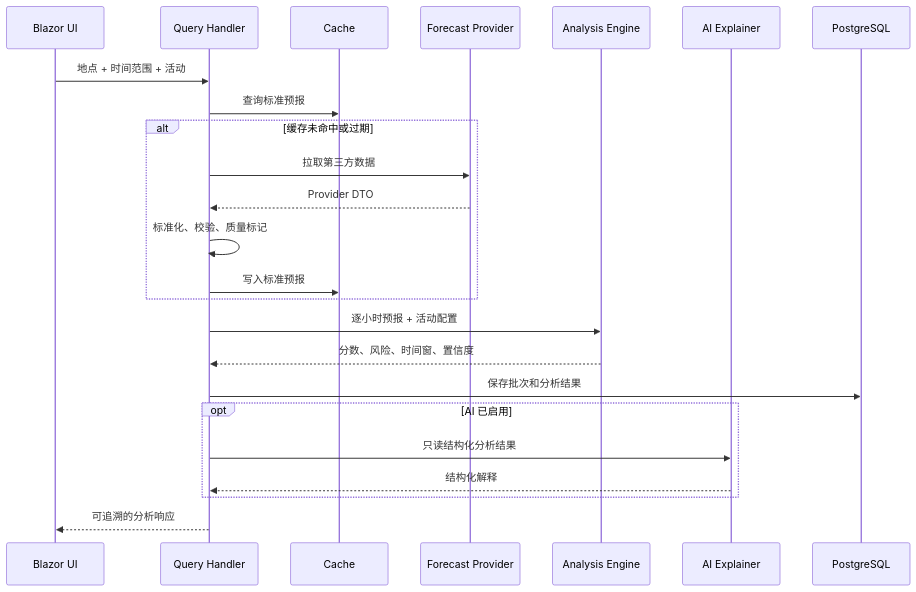
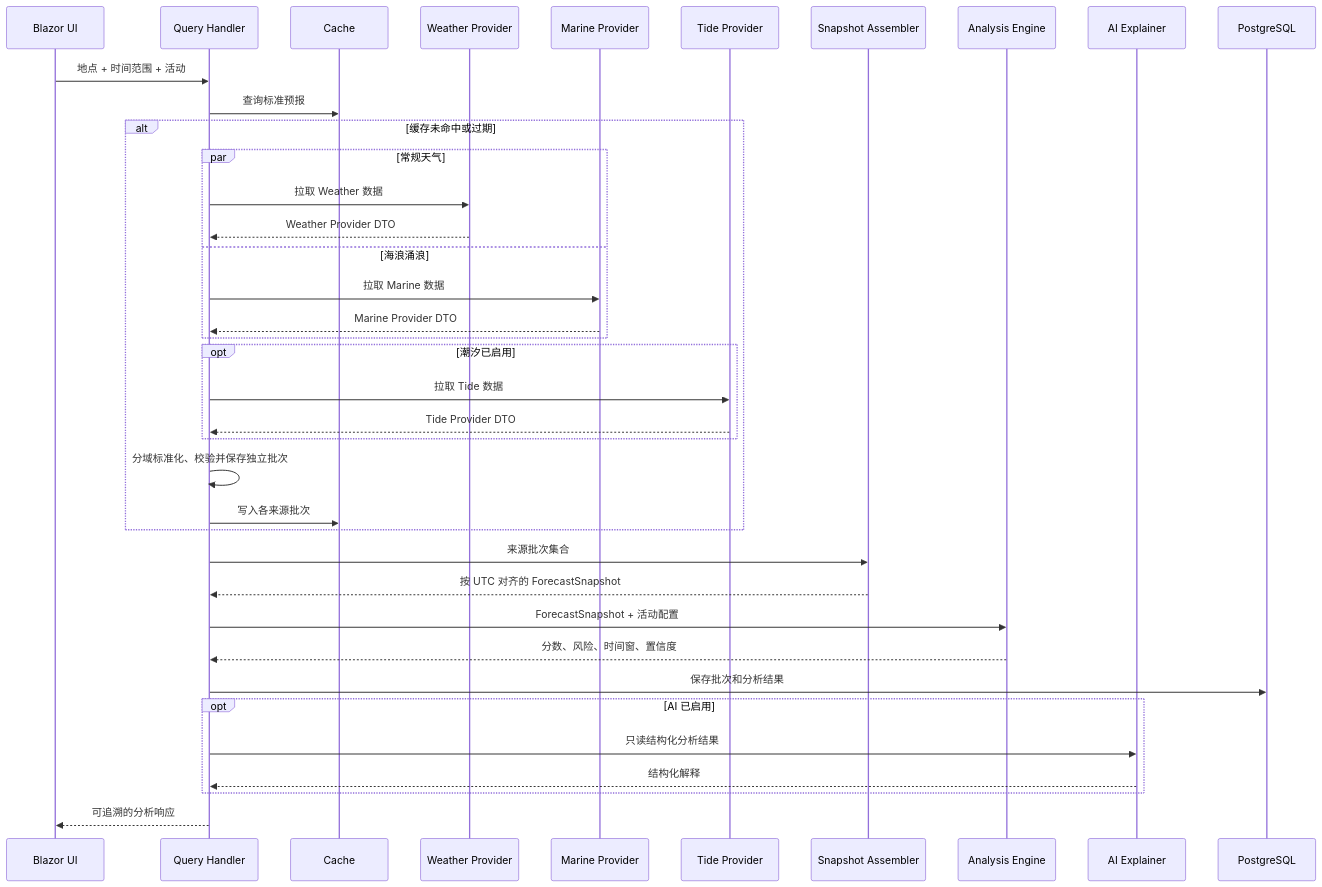
One commit to Camefor/marine-insight changed the third of 4 diagrams in docs/03-系统架构设计(SAD).md. Above: the diagram before and after it, drawn with Mermaid. The commit also changed other lines of this file and 19 other files, not shown here.

````diff
--- a/docs/03-系统架构设计(SAD).md
+++ b/docs/03-系统架构设计(SAD).md
@@ -82,27 +91,41 @@
 ```mermaid
 sequenceDiagram
     participant UI as Blazor UI
     participant App as Query Handler
     participant Cache as Cache
-    participant Provider as Forecast Provider
+    participant Weather as Weather Provider
+    participant Marine as Marine Provider
+    participant Tide as Tide Provider
+    participant Assembler as Snapshot Assembler
     participant Engine as Analysis Engine
     participant AI as AI Explainer
     participant DB as PostgreSQL
 
     UI->>App: 地点 + 时间范围 + 活动
     App->>Cache: 查询标准预报
     alt 缓存未命中或过期
-        App->>Provider: 拉取第三方数据
-        Provider-->>App: Provider DTO
-        App->>App: 标准化、校验、质量标记
-        App->>Cache: 写入标准预报
+        par 常规天气
+            App->>Weather: 拉取 Weather 数据
+            Weather-->>App: Weather Provider DTO
+        and 海浪涌浪
+            App->>Marine: 拉取 Marine 数据
+            Marine-->>App: Marine Provider DTO
+        end
+        opt 潮汐已启用
+            App->>Tide: 拉取 Tide 数据
+            Tide-->>App: Tide Provider DTO
+        end
+        App->>App: 分域标准化、校验并保存独立批次
+        App->>Cache: 写入各来源批次
     end
-    App->>Engine: 逐小时预报 + 活动配置
+    App->>Assembler: 来源批次集合
+    Assembler-->>App: 按 UTC 对齐的 ForecastSnapshot
+    App->>Engine: ForecastSnapshot + 活动配置
     Engine-->>App: 分数、风险、时间窗、置信度
     App->>DB: 保存批次和分析结果
     opt AI 已启用
         App->>AI: 只读结构化分析结果
         AI-->>App: 结构化解释
     end
     App-->>UI: 可追溯的分析响应
 ```
````
